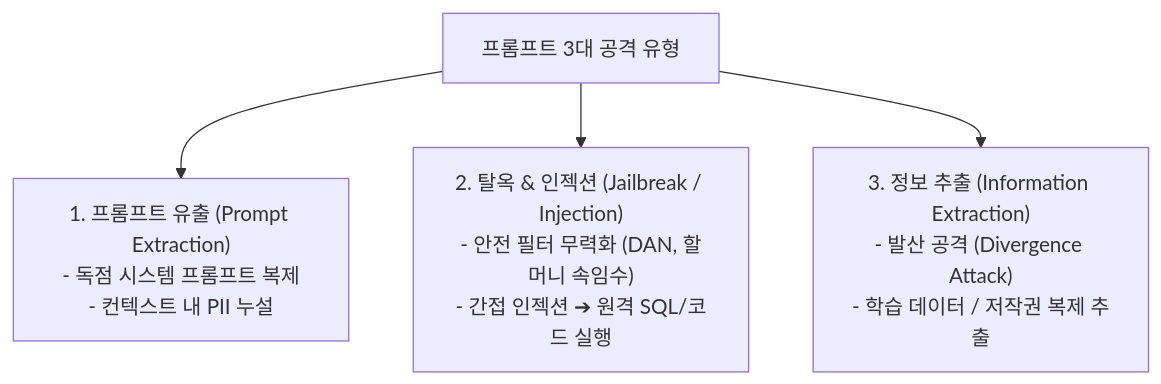
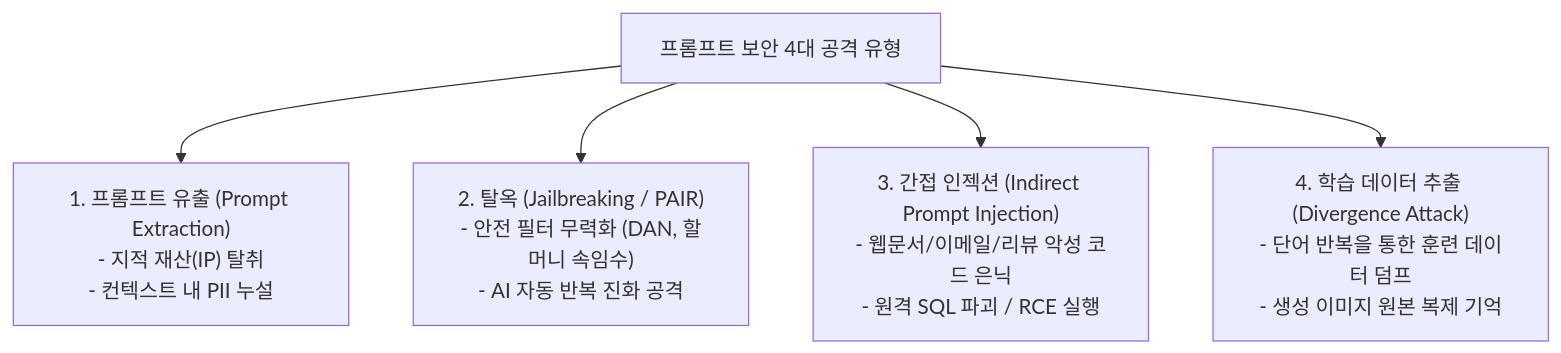
The first of 3 diagrams in chapter-qa/ch05-prompt-engineering-qa/03-defensive-prompt-engineering-and-attacks.md (sing-u8/AI-Engineering), drawn with Mermaid before and after one commit. The commit also changed other lines of this file and 25 other files, not shown here.

````diff
--- a/chapter-qa/ch05-prompt-engineering-qa/03-defensive-prompt-engineering-and-attacks.md
+++ b/chapter-qa/ch05-prompt-engineering-qa/03-defensive-prompt-engineering-and-attacks.md
@@ -36,6 +36,7 @@
 ```mermaid
 flowchart TD
-    Attack["프롬프트 3대 공격 유형"] --> T1["1. 프롬프트 유출 (Prompt Extraction)\n- 독점 시스템 프롬프트 복제\n- 컨텍스트 내 PII 누설"]
-    Attack --> T2["2. 탈옥 & 인젝션 (Jailbreak / Injection)\n- 안전 필터 무력화 (DAN, 할머니 속임수)\n- 간접 인젝션 ➔ 원격 SQL/코드 실행"]
-    Attack --> T3["3. 정보 추출 (Information Extraction)\n- 발산 공격 (Divergence Attack)\n- 학습 데이터 / 저작권 복제 추출"]
+    Attack["프롬프트 보안 4대 공격 유형"] --> T1["1. 프롬프트 유출 (Prompt Extraction)\n- 지적 재산(IP) 탈취\n- 컨텍스트 내 PII 누설"]
+    Attack --> T2["2. 탈옥 (Jailbreaking / PAIR)\n- 안전 필터 무력화 (DAN, 할머니 속임수)\n- AI 자동 반복 진화 공격"]
+    Attack --> T3["3. 간접 인젝션 (Indirect Prompt Injection)\n- 웹문서/이메일/리뷰 악성 코드 은닉\n- 원격 SQL 파괴 / RCE 실행"]
+    Attack --> T4["4. 학습 데이터 추출 (Divergence Attack)\n- 단어 반복을 통한 훈련 데이터 덤프\n- 생성 이미지 원본 복제 기억"]
 ```
````
